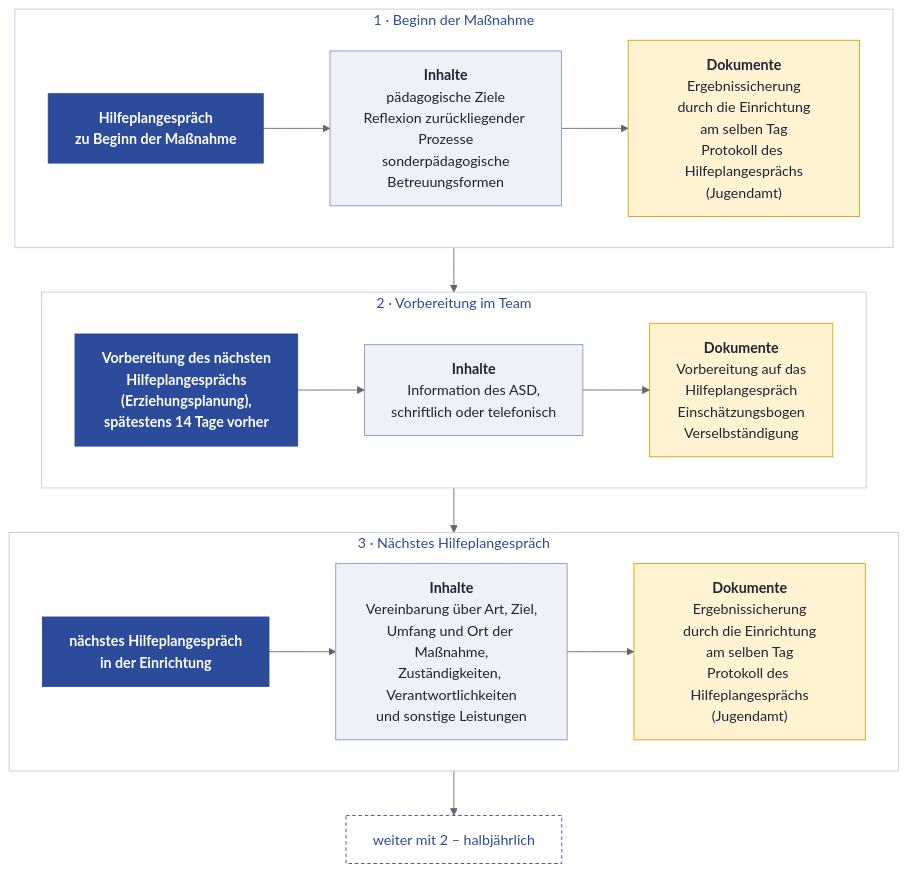
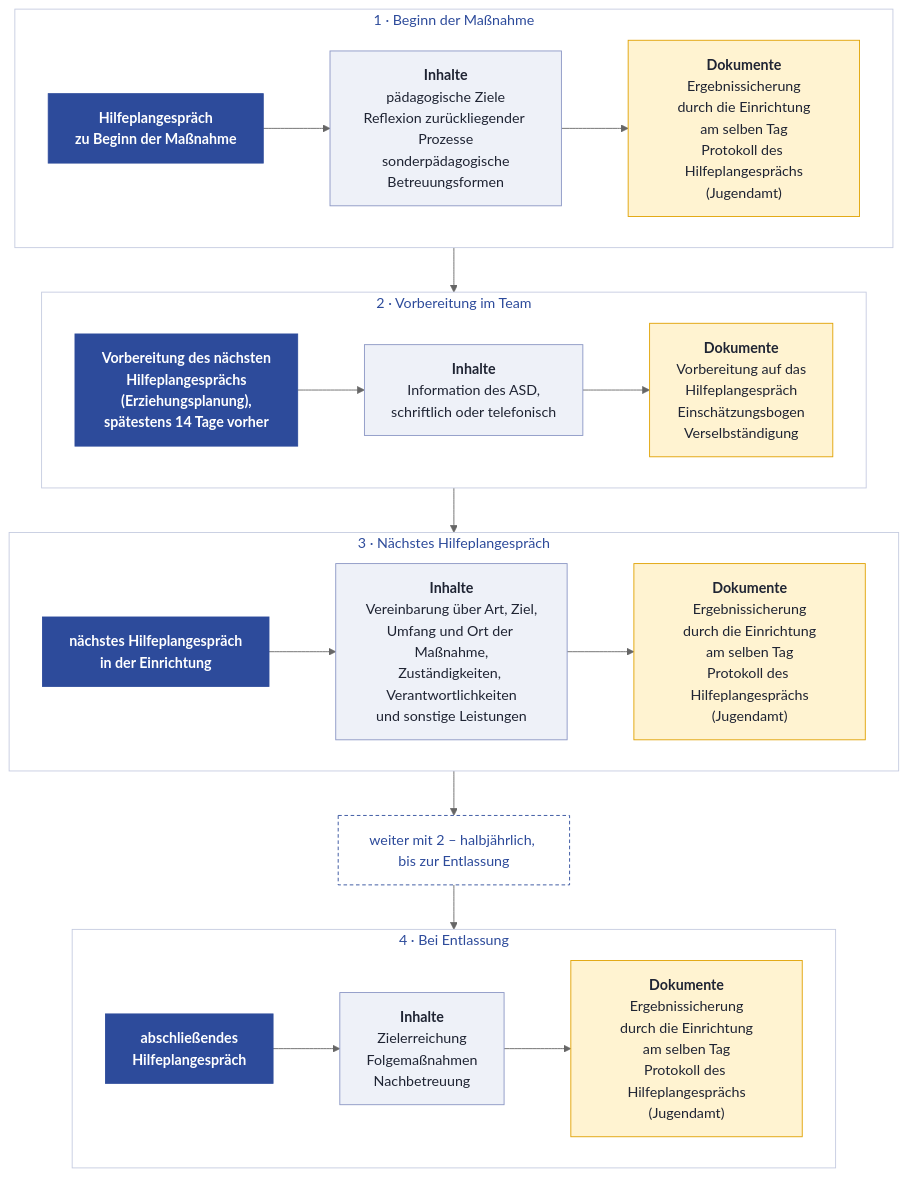
One commit to BSBSWS/qm changed the diagram in handbuch/9.1.4_hilfeplanung-stationaer.md. Above: the diagram before and after it, drawn with Mermaid (neutral theme). The commit also changed other lines of this file and 27 other files, not shown here.

````diff
--- a/handbuch/9.1.4_hilfeplanung-stationaer.md
+++ b/handbuch/9.1.4_hilfeplanung-stationaer.md
@@ -27,28 +27,33 @@
 ```mermaid
 flowchart TB
     subgraph P1["1 · Beginn der Maßnahme"]
         direction LR
         A["Hilfeplangespräch<br/>zu Beginn der Maßnahme"] --> A1["<b>Inhalte</b><br/>pädagogische Ziele<br/>Reflexion zurückliegender Prozesse<br/>sonderpädagogische<br/>Betreuungsformen"] --> A2["<b>Dokumente</b><br/>Ergebnissicherung<br/>durch die Einrichtung<br/>am selben Tag<br/>Protokoll des Hilfeplangesprächs<br/>(Jugendamt)"]
     end
     subgraph P2["2 · Vorbereitung im Team"]
         direction LR
         B["Vorbereitung des nächsten<br/>Hilfeplangesprächs<br/>(Erziehungsplanung),<br/>spätestens 14 Tage vorher"] --> B1["<b>Inhalte</b><br/>Information des ASD,<br/>schriftlich oder telefonisch"] --> B2["<b>Dokumente</b><br/>Vorbereitung auf das<br/>Hilfeplangespräch<br/>Einschätzungsbogen<br/>Verselbständigung"]
     end
     subgraph P3["3 · Nächstes Hilfeplangespräch"]
         direction LR
         C["nächstes Hilfeplangespräch<br/>in der Einrichtung"] --> C1["<b>Inhalte</b><br/>Vereinbarung über Art, Ziel,<br/>Umfang und Ort der Maßnahme,<br/>Zuständigkeiten, Verantwortlichkeiten<br/>und sonstige Leistungen"] --> C2["<b>Dokumente</b><br/>Ergebnissicherung<br/>durch die Einrichtung<br/>am selben Tag<br/>Protokoll des Hilfeplangesprächs<br/>(Jugendamt)"]
     end
-    W["weiter mit 2 – halbjährlich"]
-    P1 --> P2 --> P3 --> W
+    W["weiter mit 2 – halbjährlich, bis zur Entlassung"]
+    subgraph P4["4 · Bei Entlassung"]
+        direction LR
+        D["abschließendes<br/>Hilfeplangespräch"] --> D1["<b>Inhalte</b><br/>Zielerreichung<br/>Folgemaßnahmen<br/>Nachbetreuung"] --> D2["<b>Dokumente</b><br/>Ergebnissicherung<br/>durch die Einrichtung<br/>am selben Tag<br/>Protokoll des Hilfeplangesprächs<br/>(Jugendamt)"]
+    end
+    P1 --> P2 --> P3 --> W --> P4
     classDef schritt fill:#2D4B9B,stroke:#2D4B9B,color:#FFFFFF,font-weight:bold
     classDef inhalt fill:#EEF1F8,stroke:#8A96C4,color:#1F2433
     classDef dokument fill:#FFF3D1,stroke:#E0A100,color:#1F2433
     classDef turnus fill:#FFFFFF,stroke:#2D4B9B,color:#2D4B9B,stroke-dasharray:4 3
-    class A,B,C schritt
-    class A1,B1,C1 inhalt
-    class A2,B2,C2 dokument
+    class A,B,C,D schritt
+    class A1,B1,C1,D1 inhalt
+    class A2,B2,C2,D2 dokument
     class W turnus
     style P1 fill:#FFFFFF,stroke:#C5CBE0,color:#2D4B9B
     style P2 fill:#FFFFFF,stroke:#C5CBE0,color:#2D4B9B
     style P3 fill:#FFFFFF,stroke:#C5CBE0,color:#2D4B9B
+    style P4 fill:#FFFFFF,stroke:#C5CBE0,color:#2D4B9B
 ```
````
